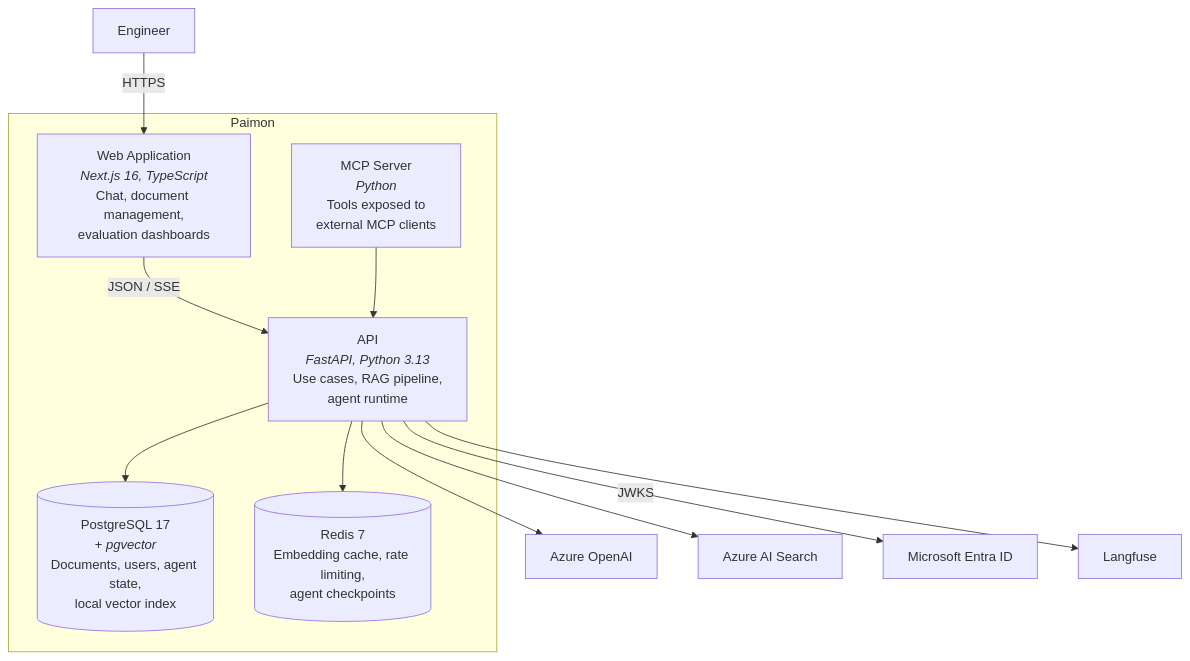
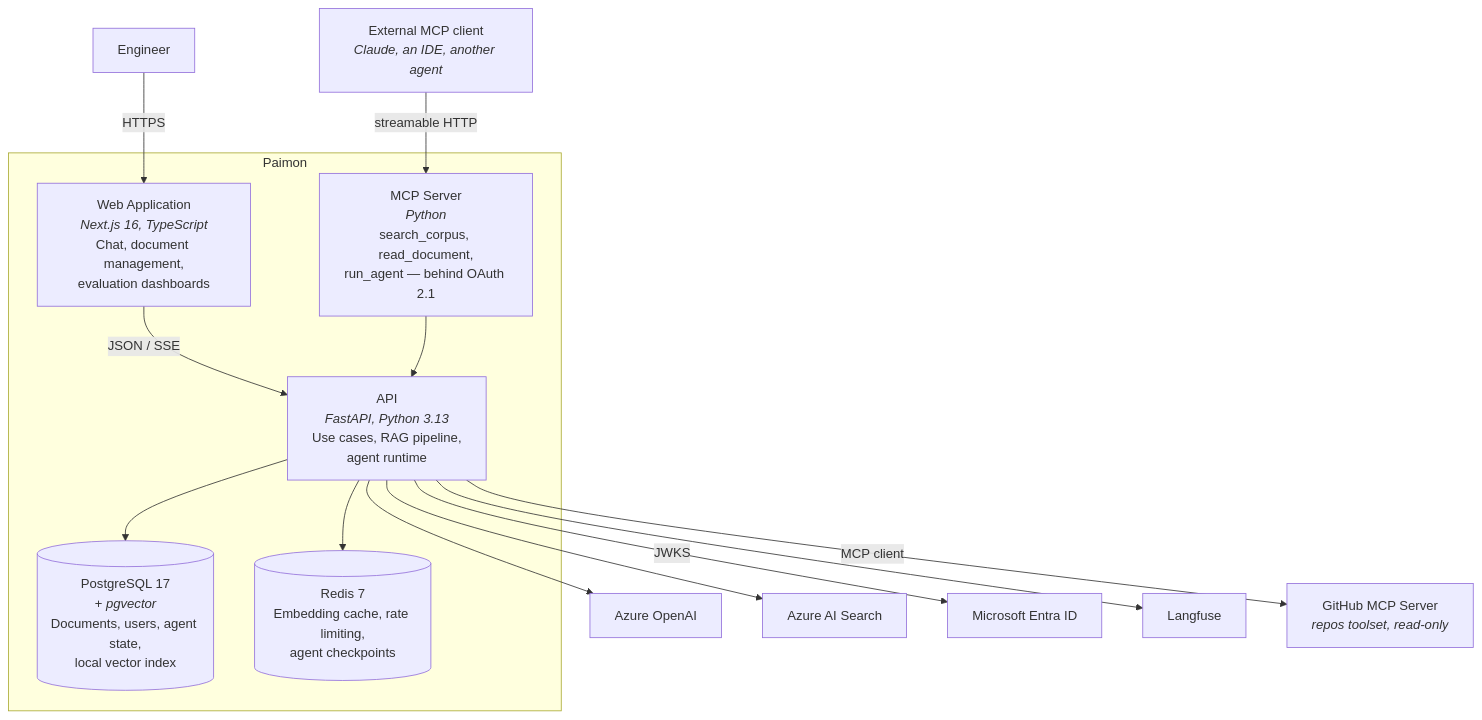
The second of 5 diagrams in docs/architecture/overview.md (sergiomedi/paimon), drawn with Mermaid before and after one commit. The commit also changed other lines of this file and 8 other files, not shown here.

First line of the commit message:
docs(mcp): close phase 4, and make the server discoverable

````diff
--- a/docs/architecture/overview.md
+++ b/docs/architecture/overview.md
@@ -49,27 +49,31 @@
 ```mermaid
 flowchart TB
     engineer["Engineer"]
 
     subgraph platform["Paimon"]
         web["Web Application<br/><i>Next.js 16, TypeScript</i><br/>Chat, document management,<br/>evaluation dashboards"]
         api["API<br/><i>FastAPI, Python 3.13</i><br/>Use cases, RAG pipeline,<br/>agent runtime"]
-        mcp["MCP Server<br/><i>Python</i><br/>Tools exposed to<br/>external MCP clients"]
+        mcp["MCP Server<br/><i>Python</i><br/>search_corpus, read_document,<br/>run_agent — behind OAuth 2.1"]
         pg[("PostgreSQL 17<br/><i>+ pgvector</i><br/>Documents, users, agent state,<br/>local vector index")]
         redis[("Redis 7<br/>Embedding cache, rate limiting,<br/>agent checkpoints")]
     end
 
     aoai["Azure OpenAI"]
     search["Azure AI Search"]
     entra["Microsoft Entra ID"]
     langfuse["Langfuse"]
+    client["External MCP client<br/><i>Claude, an IDE, another agent</i>"]
+    ghmcp["GitHub MCP Server<br/><i>repos toolset, read-only</i>"]
 
     engineer -->|HTTPS| web
     web -->|"JSON / SSE"| api
     api --> pg
     api --> redis
     api --> aoai
     api --> search
     api -->|"JWKS"| entra
     api --> langfuse
     mcp --> api
+    client -->|"streamable HTTP"| mcp
+    api -->|"MCP client"| ghmcp
 ```
````
